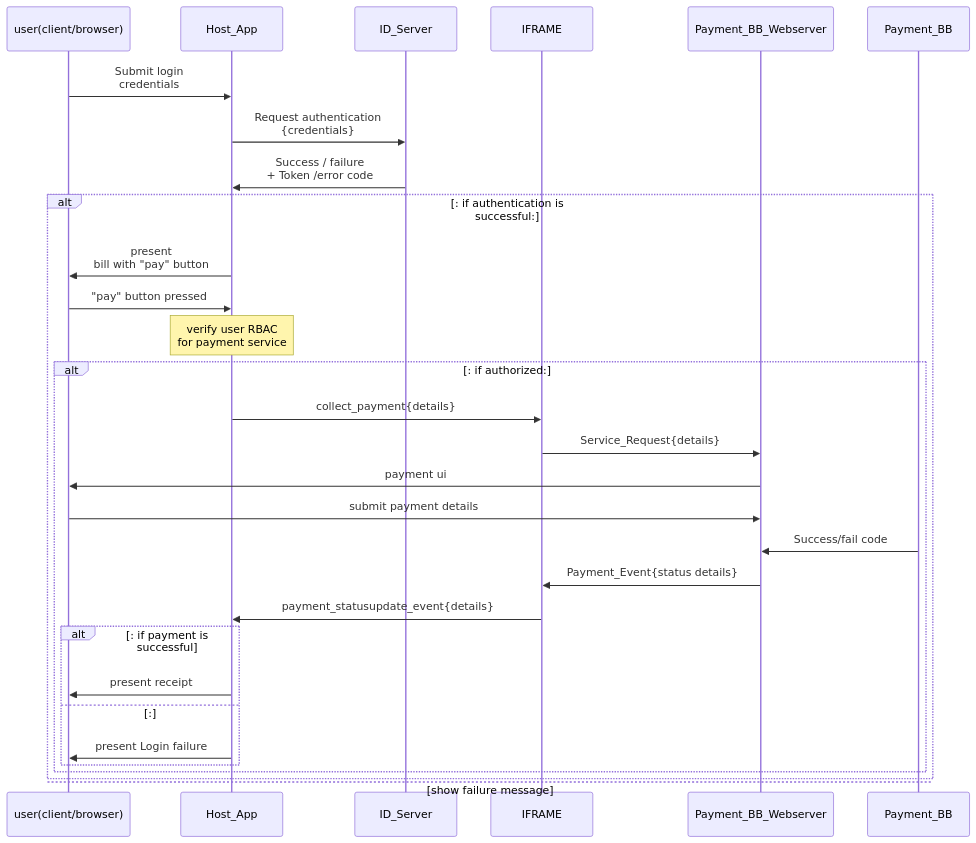
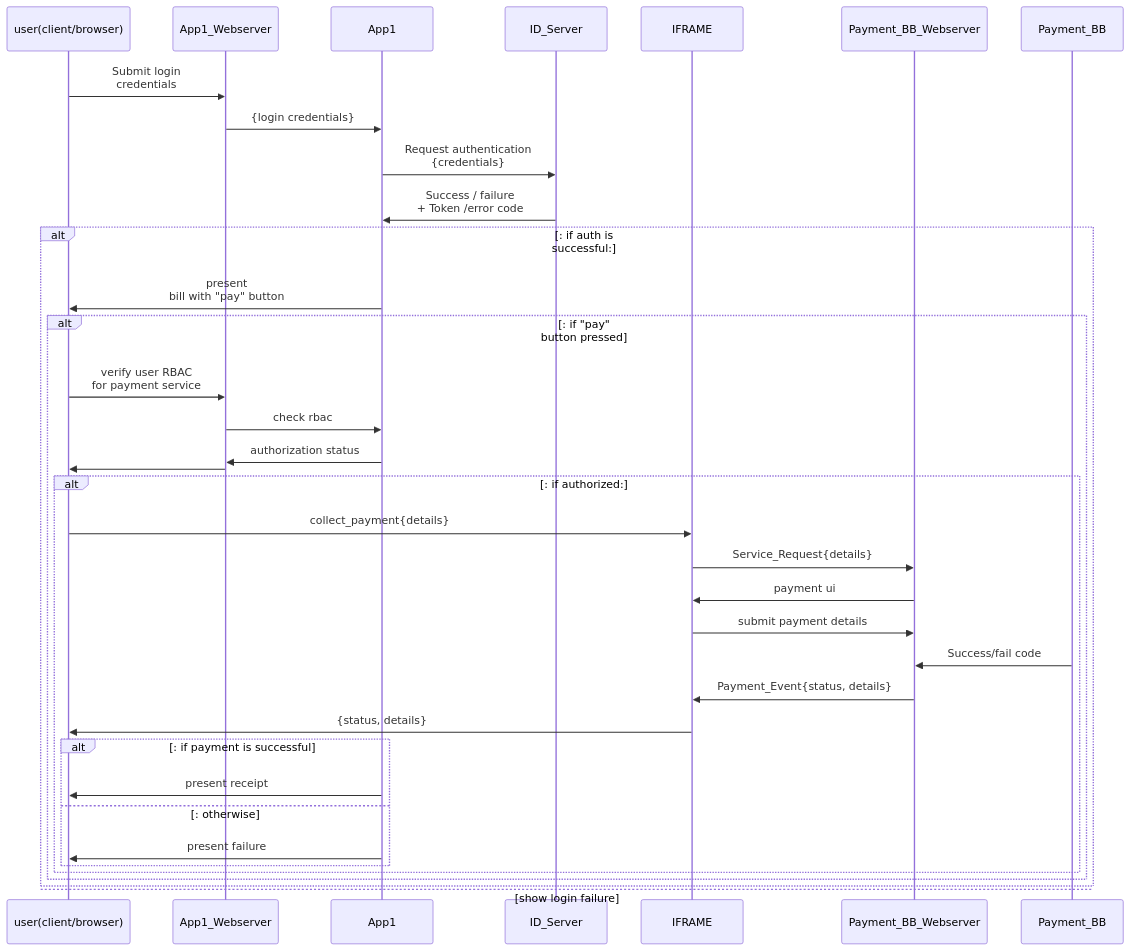
Before and after one commit to GovStackWorkingGroup/specifications: the second of 4 diagrams in architecture-and-nonfunctional-requirements/8-future-considerations.md, drawn with Mermaid. The commit also changed other lines of this file, not shown here.

Commit message:
GITBOOK-217: drawing and sequence updates

````diff
--- a/architecture-and-nonfunctional-requirements/8-future-considerations.md
+++ b/architecture-and-nonfunctional-requirements/8-future-considerations.md
@@ -83,26 +83,31 @@
 ```mermaid
 sequenceDiagram
-user(client/browser)->>Host_App: Submit login <br> credentials 
-Host_App->>ID_Server: Request authentication<br>{credentials}
-ID_Server->>Host_App: Success / failure <br>+ Token /error code
-alt: if authentication is <br>successful:
-   Host_App->>user(client/browser): present <br>bill with "pay" button
-   user(client/browser)->>Host_App: "pay" button pressed 
-   note over Host_App: verify user RBAC <br>for payment service
-   alt: if authorized:
-    Host_App->>IFRAME:  collect_payment{details}
-   IFRAME ->>Payment_BB_Webserver: Service_Request{details}
-   Payment_BB_Webserver->>user(client/browser): payment ui 
-     user(client/browser)->>Payment_BB_Webserver: submit payment details
-     Payment_BB->>Payment_BB_Webserver: Success/fail code
-     Payment_BB_Webserver->>IFRAME: Payment_Event{status details}
-     IFRAME->>Host_App: payment_statusupdate_event{details}
-     alt: if payment is successful
-       Host_App->>user(client/browser): present receipt
-     else:
-       Host_App->>user(client/browser): present Login failure     
-     end
-   end
-else show failure message
+user(client/browser)->>App1_Webserver: Submit login <br> credentials 
+App1_Webserver->>App1:{login credentials}
+App1->>ID_Server: Request authentication<br>{credentials}
+ID_Server->>App1: Success / failure <br>+ Token /error code
+alt: if auth is <br>successful:
+   App1->>user(client/browser): present <br>bill with "pay" button
+   alt: if "pay" <br>button pressed 
+     user(client/browser)->>App1_Webserver: verify user RBAC <br>for payment service
+     App1_Webserver->> App1: check rbac
+     App1->>App1_Webserver: authorization status
+     App1_Webserver->>user(client/browser): 
+     alt: if authorized:
+       user(client/browser)->>IFRAME:  collect_payment{details}
+       IFRAME ->>Payment_BB_Webserver: Service_Request{details}
+       Payment_BB_Webserver->>IFRAME: payment ui 
+       IFRAME->>Payment_BB_Webserver: submit payment details
+       Payment_BB->>Payment_BB_Webserver: Success/fail code
+       Payment_BB_Webserver->>IFRAME: Payment_Event{status, details}
+       IFRAME->>user(client/browser): {status, details}
+       alt: if payment is successful
+         App1->>user(client/browser):present receipt
+       else: otherwise
+         App1->>user(client/browser): present failure     
+       end
+      end
+    end
+else show login failure
 end
 ```
````
